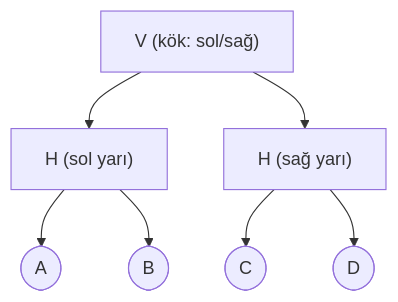
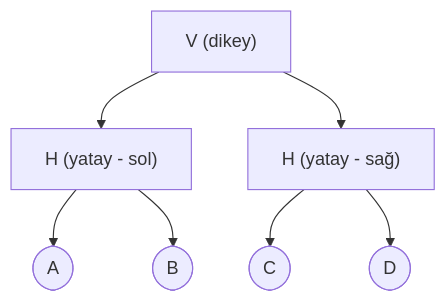
One commit to YGTKL16/tesis-planlama-notlari changed the diagram in src/ders-notlari/hf09.md. Above: the diagram before and after it, drawn with Mermaid. The commit also changed other lines of this file and 26 other files, not shown here.

````diff
--- a/src/ders-notlari/hf09.md
+++ b/src/ders-notlari/hf09.md
@@ -235,9 +155,9 @@
 ```mermaid
 flowchart TD
-    R["V (kök: sol/sağ)"] --> L["H (sol yarı)"]
-    R --> Rg["H (sağ yarı)"]
+    R["V (dikey)"] --> L["H (yatay - sol)"]
+    R --> Rg["H (yatay - sağ)"]
     L --> A([A])
     L --> B([B])
     Rg --> C([C])
     Rg --> D([D])
 ```
````
